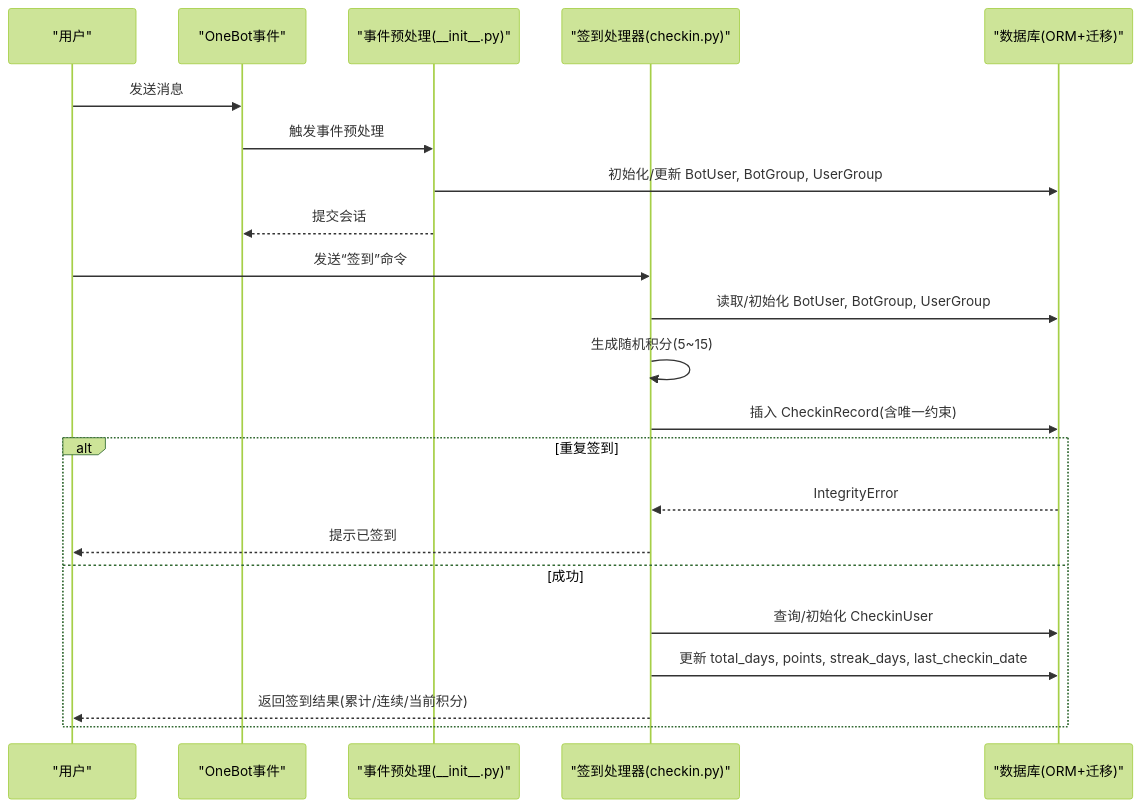
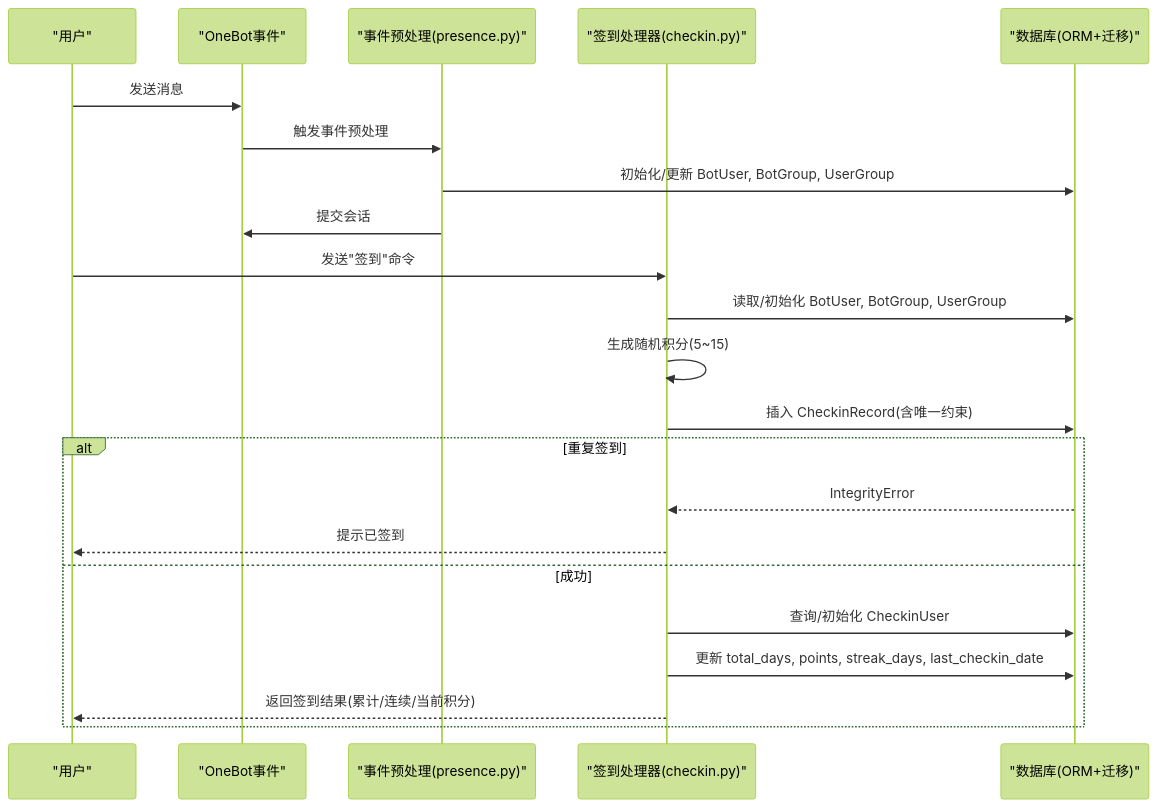
The second of 6 diagrams in .qoder/repowiki/zh/content/核心功能模块/签到系统.md (Wohaokunr/yawn_bot), drawn with Mermaid (forest theme) before and after one commit. The commit also changed other lines of this file and 13 other files, not shown here.

````diff
--- a/.qoder/repowiki/zh/content/核心功能模块/签到系统.md
+++ b/.qoder/repowiki/zh/content/核心功能模块/签到系统.md
@@ -114,24 +127,24 @@
 ```mermaid
 sequenceDiagram
 participant U as "用户"
 participant OB as "OneBot事件"
-participant PP as "事件预处理(__init__.py)"
+participant PP as "事件预处理(presence.py)"
 participant CH as "签到处理器(checkin.py)"
 participant DB as "数据库(ORM+迁移)"
 U->>OB : 发送消息
 OB->>PP : 触发事件预处理
 PP->>DB : 初始化/更新 BotUser, BotGroup, UserGroup
-PP-->>OB : 提交会话
-U->>CH : 发送“签到”命令
+PP->>OB : 提交会话
+U->>CH : 发送"签到"命令
 CH->>DB : 读取/初始化 BotUser, BotGroup, UserGroup
 CH->>CH : 生成随机积分(5~15)
 CH->>DB : 插入 CheckinRecord(含唯一约束)
 alt 重复签到
 DB-->>CH : IntegrityError
 CH-->>U : 提示已签到
 else 成功
 CH->>DB : 查询/初始化 CheckinUser
 CH->>DB : 更新 total_days, points, streak_days, last_checkin_date
 CH-->>U : 返回签到结果(累计/连续/当前积分)
 end
 ```
````
